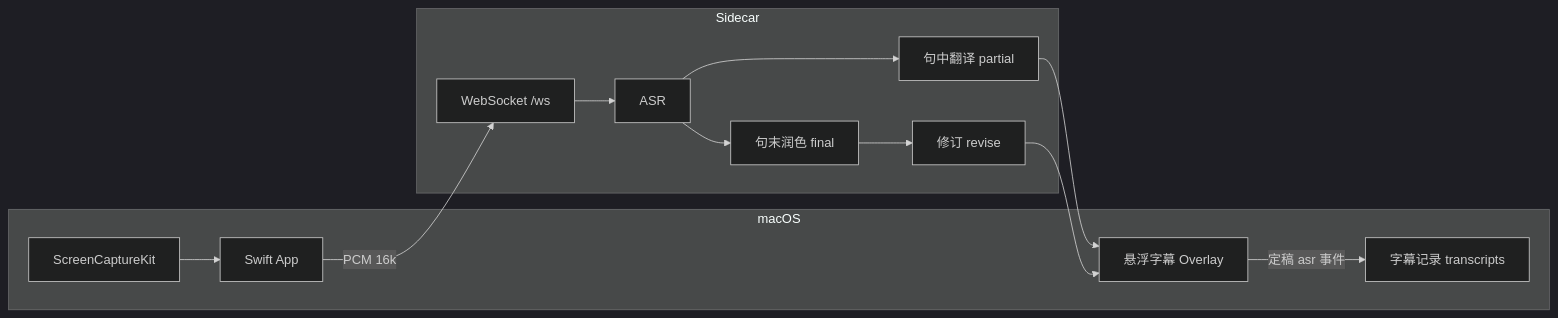
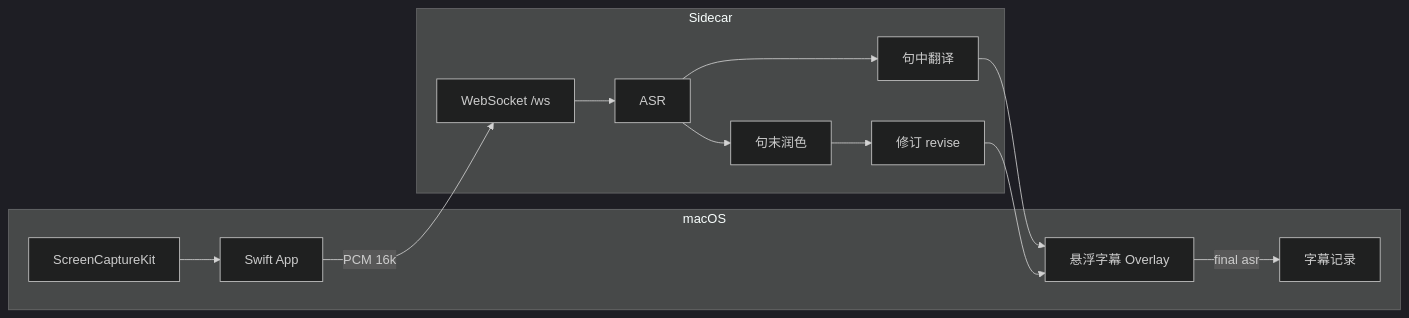
One commit to PPBrook/VoiceBridgeAI changed the diagram in docs/architecture.md. Above: the diagram before and after it, drawn with Mermaid (dark theme). The commit also changed other lines of this file and 19 other files, not shown here.

````diff
--- a/docs/architecture.md
+++ b/docs/architecture.md
@@ -5,25 +5,25 @@
 ```mermaid
 flowchart LR
   subgraph macOS
     SC[ScreenCaptureKit]
     App[Swift App]
     OV[悬浮字幕 Overlay]
-    TR[字幕记录 transcripts]
+    TR[字幕记录]
   end
   subgraph Sidecar
     WS[WebSocket /ws]
     ASR[ASR]
-    PT[句中翻译 partial]
-    FT[句末润色 final]
+    PT[句中翻译]
+    FT[句末润色]
     RV[修订 revise]
   end
   SC --> App
   App -->|PCM 16k| WS
   WS --> ASR
   ASR --> PT
   PT --> OV
   ASR --> FT
   FT --> RV
   RV --> OV
-  OV -->|定稿 asr 事件| TR
+  OV -->|final asr| TR
 ```
````
